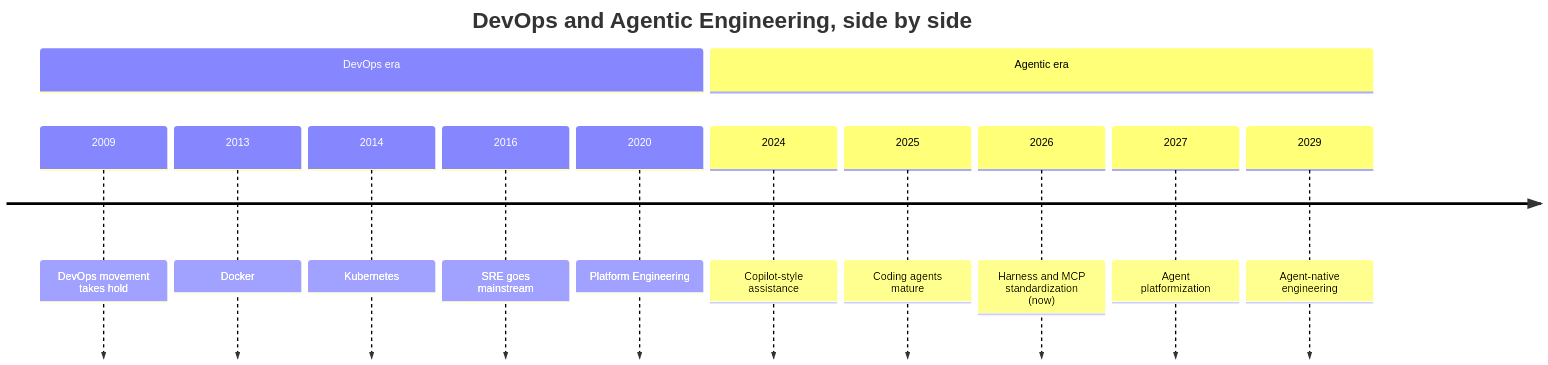
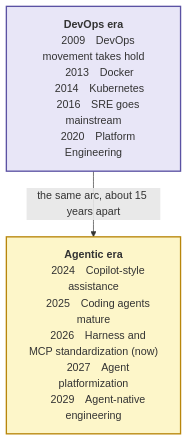
The second of 8 diagrams in 2026-09-agentic-engineering-platform/article.en.md (fantasybz/medium-articles), drawn with Mermaid before and after one commit. The commit also changed other lines of this file and 26 other files, not shown here.

First line of the commit message:
Redraw the remaining wide and tall diagrams across all four articles

````diff
--- a/2026-09-agentic-engineering-platform/article.en.md
+++ b/2026-09-agentic-engineering-platform/article.en.md
@@ -99,16 +106,18 @@
 ```mermaid
-timeline
-    title DevOps and Agentic Engineering, side by side
-    section DevOps era
-        2009 : DevOps movement takes hold
-        2013 : Docker
-        2014 : Kubernetes
-        2016 : SRE goes mainstream
-        2020 : Platform Engineering
-    section Agentic era
-        2024 : Copilot-style assistance
-        2025 : Coding agents mature
-        2026 : Harness and MCP standardization (now)
-        2027 : Agent platformization
-        2029 : Agent-native engineering
+flowchart TB
+    DO["<b>DevOps era</b>
+    2009　DevOps movement takes hold
+    2013　Docker
+    2014　Kubernetes
+    2016　SRE goes mainstream
+    2020　Platform Engineering"]
+    AG["<b>Agentic era</b>
+    2024　Copilot-style assistance
+    2025　Coding agents mature
+    2026　Harness and MCP standardization (now)
+    2027　Agent platformization
+    2029　Agent-native engineering"]
+    DO -->|the same arc, about 15 years apart| AG
+    style DO fill:#e8e6f7,stroke:#5b52a3,stroke-width:2px
+    style AG fill:#fdf6c9,stroke:#b8860b,stroke-width:2px
 ```
````
